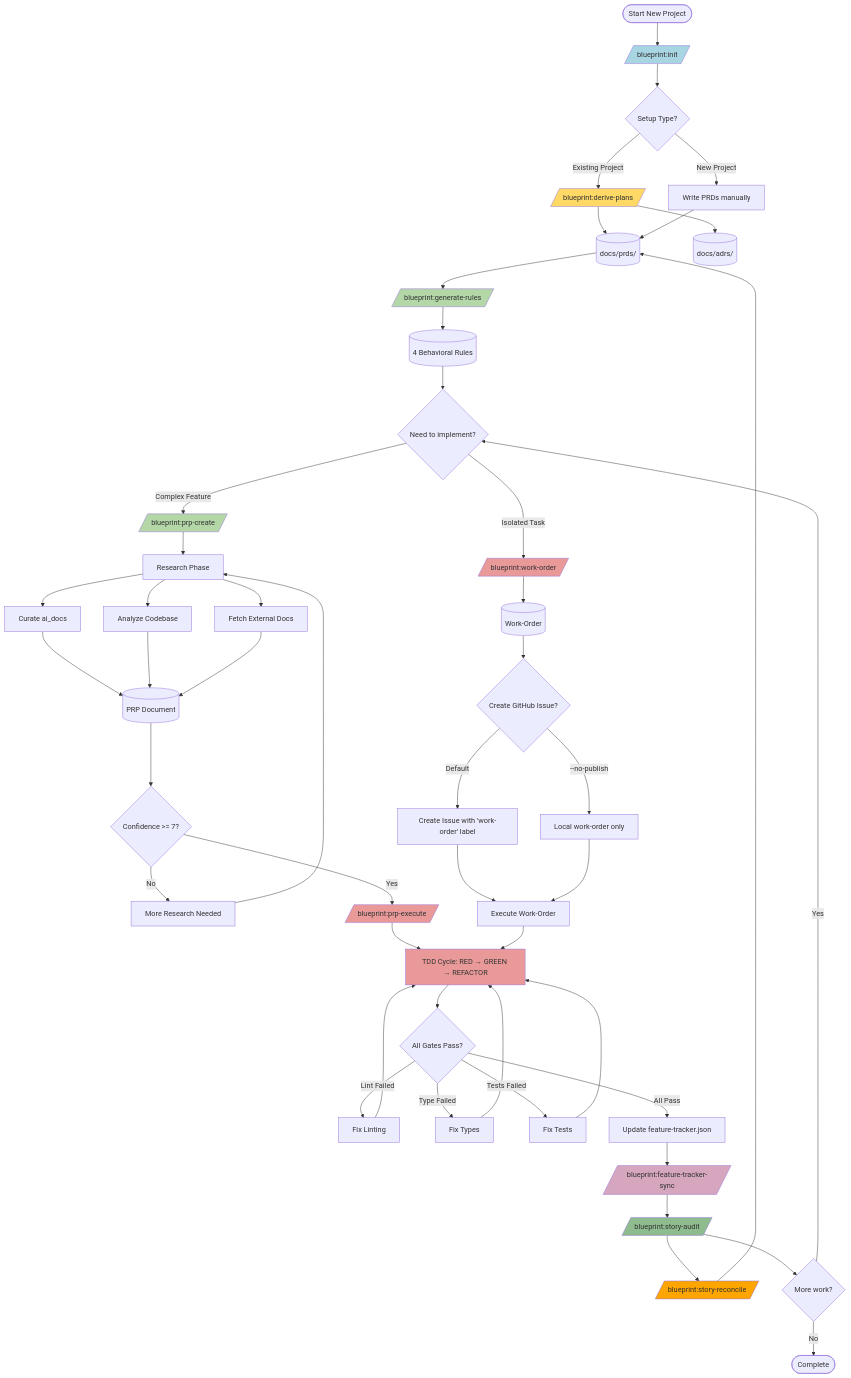
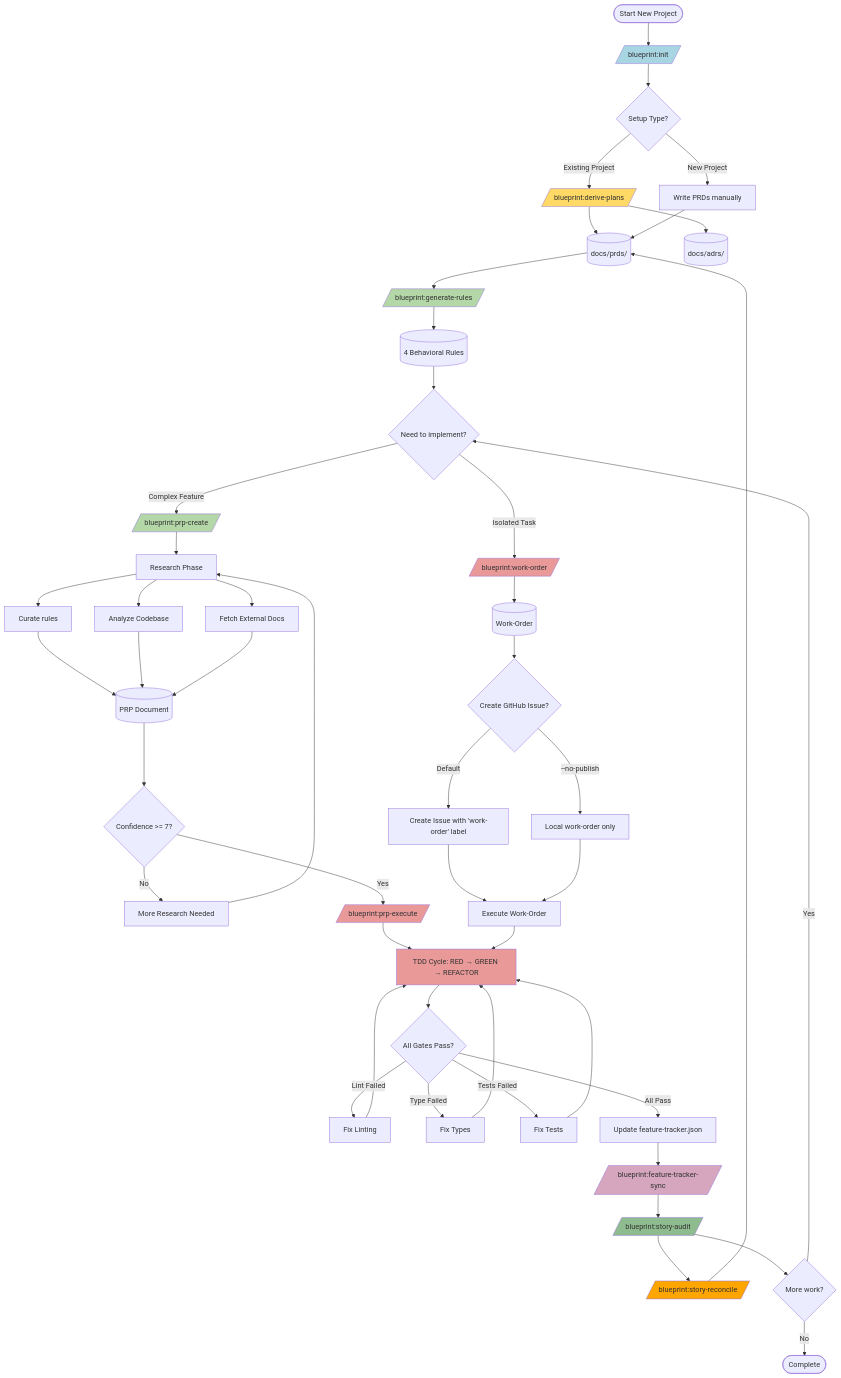
The second of 8 diagrams in blueprint-plugin/docs/blueprint-plugin-sequence.md (laurigates/claude-plugins), drawn with Mermaid before and after one commit. The commit also changed other lines of this file and 21 other files, not shown here.

````diff
--- a/blueprint-plugin/docs/blueprint-plugin-sequence.md
+++ b/blueprint-plugin/docs/blueprint-plugin-sequence.md
@@ -116,78 +116,78 @@
 ```mermaid
 graph TB
     Start([Start New Project]) --> Init[/blueprint:init/]
 
     Init --> InitArtifacts{Setup Type?}
     InitArtifacts -->|Existing Project| GenPlans[/blueprint:derive-plans/]
     InitArtifacts -->|New Project| WritePRD[Write PRDs manually]
 
     GenPlans --> PRDs[(docs/prds/)]
     WritePRD --> PRDs
     GenPlans --> ADRs[(docs/adrs/)]
 
     PRDs --> GenRules[/blueprint:generate-rules/]
 
     GenRules --> Rules[(4 Behavioral Rules)]
 
     Rules --> FeatureWork{Need to implement?}
 
     FeatureWork -->|Complex Feature| CreatePRP[/blueprint:prp-create/]
     FeatureWork -->|Isolated Task| CreateWO[/blueprint:work-order/]
 
     CreatePRP --> ResearchPhase[Research Phase]
-    ResearchPhase --> CurateAIDocs[Curate ai_docs]
+    ResearchPhase --> CurateRules[Curate rules]
     ResearchPhase --> AnalyzeCodebase[Analyze Codebase]
     ResearchPhase --> FetchDocs[Fetch External Docs]
 
-    CurateAIDocs --> PRP[(PRP Document)]
+    CurateRules --> PRP[(PRP Document)]
     AnalyzeCodebase --> PRP
     FetchDocs --> PRP
 
     PRP --> ConfidenceCheck{Confidence >= 7?}
     ConfidenceCheck -->|No| MoreResearch[More Research Needed]
     MoreResearch --> ResearchPhase
     ConfidenceCheck -->|Yes| ExecutePRP[/blueprint:prp-execute/]
 
     CreateWO --> WorkOrder[(Work-Order)]
     WorkOrder --> OptionalGH{Create GitHub Issue?}
     OptionalGH -->|Default| GitHubIssue[Create Issue with 'work-order' label]
     OptionalGH -->|--no-publish| LocalOnly[Local work-order only]
 
     GitHubIssue --> ExecuteWO[Execute Work-Order]
     LocalOnly --> ExecuteWO
 
     ExecutePRP --> TDDCycle
     ExecuteWO --> TDDCycle
 
     TDDCycle[TDD Cycle: RED → GREEN → REFACTOR]
     TDDCycle --> ValidationGates{All Gates Pass?}
 
     ValidationGates -->|Lint Failed| FixLint[Fix Linting]
     ValidationGates -->|Type Failed| FixTypes[Fix Types]
     ValidationGates -->|Tests Failed| FixTests[Fix Tests]
 
     FixLint --> TDDCycle
     FixTypes --> TDDCycle
     FixTests --> TDDCycle
 
     ValidationGates -->|All Pass| UpdateProgress[Update feature-tracker.json]
     UpdateProgress --> TrackFeatures[/blueprint:feature-tracker-sync/]
 
     TrackFeatures --> StoryAudit[/blueprint:story-audit/]
     StoryAudit --> Reconcile[/blueprint:story-reconcile/]
     Reconcile --> PRDs
     StoryAudit --> MoreWork{More work?}
     MoreWork -->|Yes| FeatureWork
     MoreWork -->|No| Done([Complete])
 
     style Init fill:#a8d5e2
     style GenPlans fill:#ffd966
     style GenRules fill:#b4d7a8
     style CreatePRP fill:#b4d7a8
     style ExecutePRP fill:#ea9999
     style CreateWO fill:#ea9999
     style TrackFeatures fill:#d5a6bd
     style TDDCycle fill:#ea9999
     style StoryAudit fill:#8fbc8f
     style Reconcile fill:#ffa500
 ```
````
